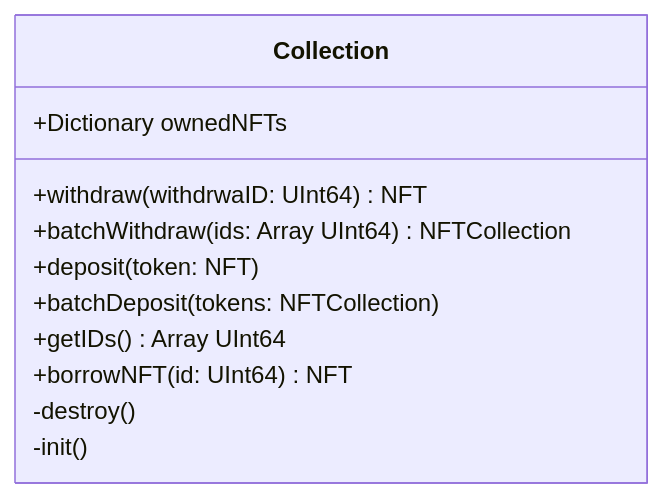
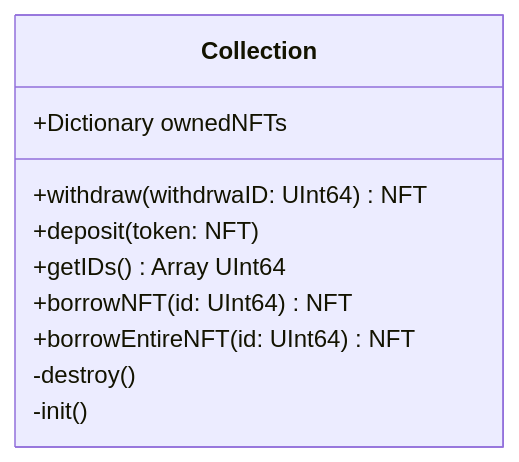
The eighth of 9 diagrams in cadence/contracts/LoveJulesLeather.cdc.md (Ethos-Multiverse/flow-love-jules-leather), drawn with Mermaid before and after one commit. The commit also changed other lines of this file, not shown here.

Commit message:
update class diagrams

````diff
--- a/cadence/contracts/LoveJulesLeather.cdc.md
+++ b/cadence/contracts/LoveJulesLeather.cdc.md
@@ -140,14 +141,13 @@
 ``` mermaid
 			  classDiagram
 			  class Collection{
-			  +Dictionary ownedNFTs
-			  +withdraw(withdrwaID: UInt64) NFT
-			  +batchWithdraw(ids: Array UInt64) NFTCollection
-			  +deposit(token: NFT)
-			  +batchDeposit(tokens: NFTCollection)
-			  +getIDs() Array UInt64
-			  +borrowNFT(id: UInt64) NFT
-			  -destroy()
-			  -init()
+				+Dictionary ownedNFTs
+				+withdraw(withdrwaID: UInt64) NFT
+				+deposit(token: NFT)
+				+getIDs() Array UInt64
+				+borrowNFT(id: UInt64) NFT
+				+borrowEntireNFT(id: UInt64) NFT
+				-destroy()
+				-init()
 			  }
 ```
````
